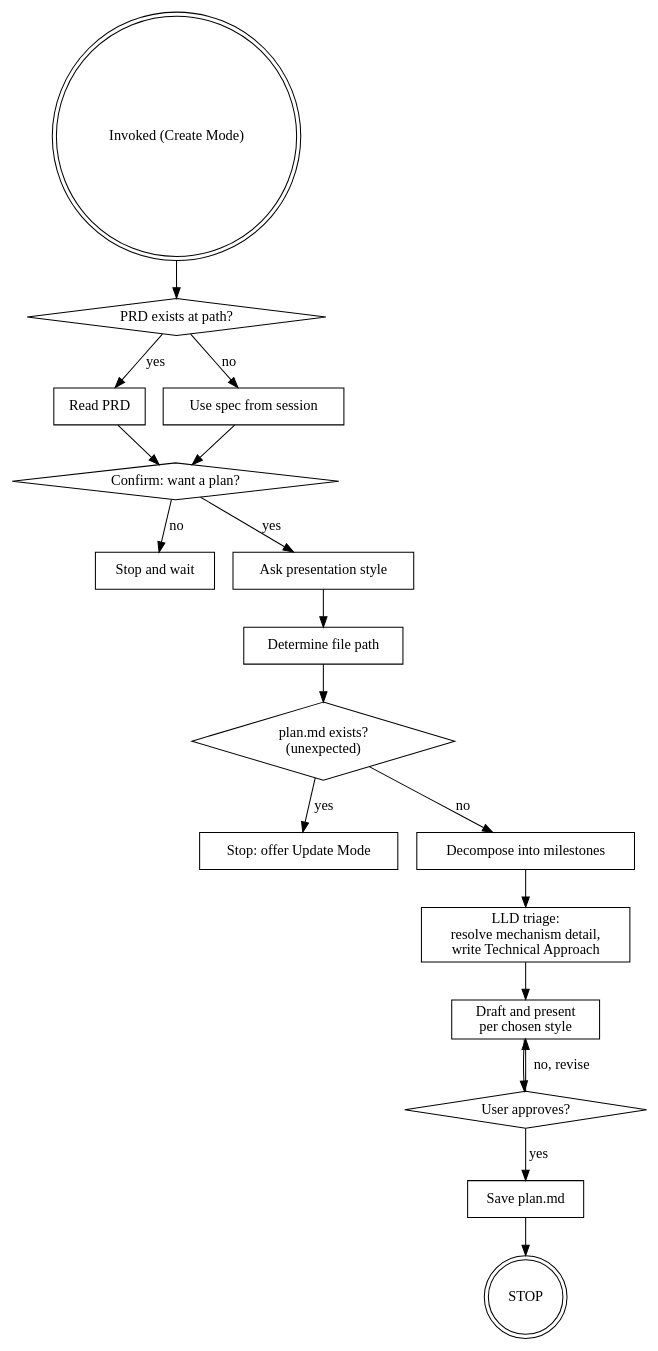
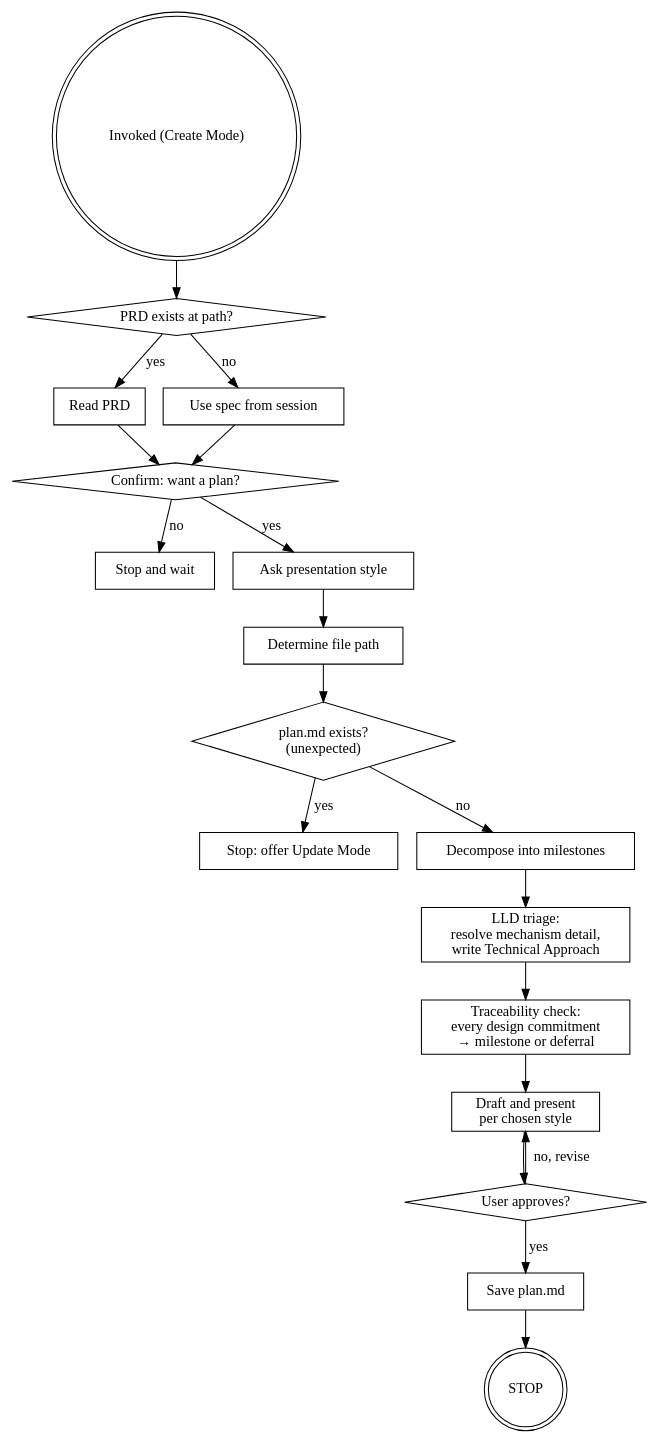
Before and after one commit to walnashgit/mysuperpowers: the first of 2 diagrams in skills/milestone-planning/SKILL.md, drawn with Graphviz. The commit also changed other lines of this file and 5 other files, not shown here.

Commit message:
added agent harness design and arch diagram in brainstorming

````diff
--- a/skills/milestone-planning/SKILL.md
+++ b/skills/milestone-planning/SKILL.md
@@ -52,38 +53,40 @@
 ```dot
 digraph milestone_planning {
     "Invoked (Create Mode)" [shape=doublecircle];
     "PRD exists at path?" [shape=diamond];
     "Read PRD" [shape=box];
     "Use spec from session" [shape=box];
     "Confirm: want a plan?" [shape=diamond];
     "Stop and wait" [shape=box];
     "Ask presentation style" [shape=box];
     "Determine file path" [shape=box];
     "plan.md exists?\n(unexpected)" [shape=diamond];
     "Stop: offer Update Mode" [shape=box];
     "Decompose into milestones" [shape=box];
     "LLD triage:\nresolve mechanism detail,\nwrite Technical Approach" [shape=box];
+    "Traceability check:\nevery design commitment\n→ milestone or deferral" [shape=box];
     "Draft and present\nper chosen style" [shape=box];
     "User approves?" [shape=diamond];
     "Save plan.md" [shape=box];
     "STOP" [shape=doublecircle];
 
     "Invoked (Create Mode)" -> "PRD exists at path?";
     "PRD exists at path?" -> "Read PRD" [label="yes"];
     "PRD exists at path?" -> "Use spec from session" [label="no"];
     "Read PRD" -> "Confirm: want a plan?";
     "Use spec from session" -> "Confirm: want a plan?";
     "Confirm: want a plan?" -> "Stop and wait" [label="no"];
     "Confirm: want a plan?" -> "Ask presentation style" [label="yes"];
     "Ask presentation style" -> "Determine file path";
     "Determine file path" -> "plan.md exists?\n(unexpected)";
     "plan.md exists?\n(unexpected)" -> "Stop: offer Update Mode" [label="yes"];
     "plan.md exists?\n(unexpected)" -> "Decompose into milestones" [label="no"];
     "Decompose into milestones" -> "LLD triage:\nresolve mechanism detail,\nwrite Technical Approach";
-    "LLD triage:\nresolve mechanism detail,\nwrite Technical Approach" -> "Draft and present\nper chosen style";
+    "LLD triage:\nresolve mechanism detail,\nwrite Technical Approach" -> "Traceability check:\nevery design commitment\n→ milestone or deferral";
+    "Traceability check:\nevery design commitment\n→ milestone or deferral" -> "Draft and present\nper chosen style";
     "Draft and present\nper chosen style" -> "User approves?";
     "User approves?" -> "Draft and present\nper chosen style" [label="no, revise"];
     "User approves?" -> "Save plan.md" [label="yes"];
     "Save plan.md" -> "STOP";
 }
 ```
````
